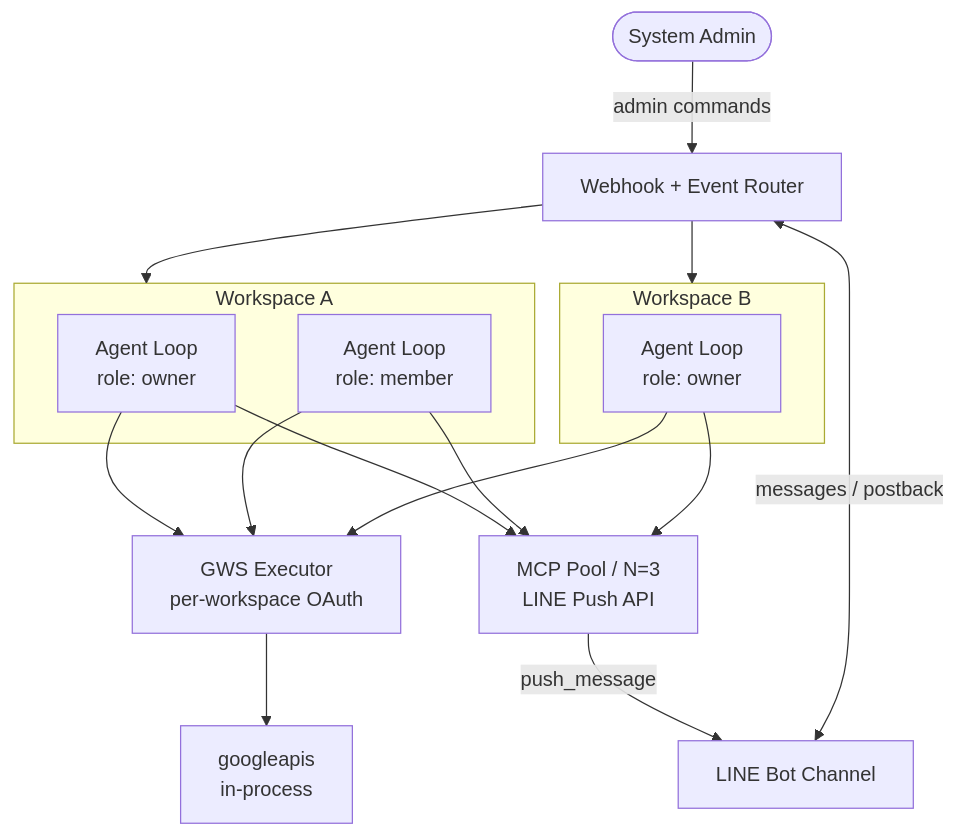
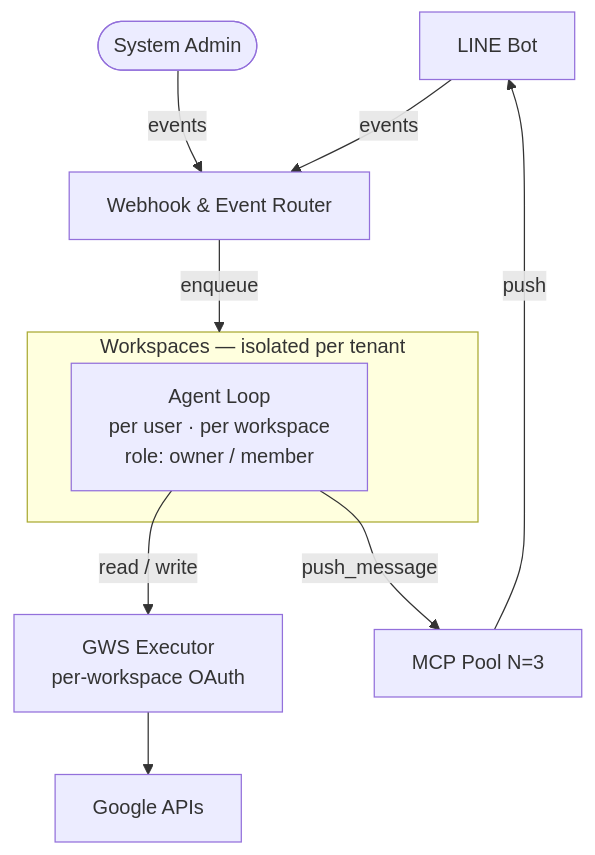
Before and after one commit to Sana-Labo/sanalabo-automation: the first of 4 diagrams in README.md, drawn with Mermaid. The commit also changed other lines of this file, not shown here.

Commit message:
docs(readme): Architecture 다이어그램 정리 + Setup Overview flowchart 제거 (#38)
- Architecture: 워크스페이스별 에이전트 노드를 단일 Workspaces subgraph로 추상화
  (multi-edge & 표기 제거, 화살표 8개 → 6개로 축소)
- Setup Overview: 순서만 전달하는 선형 flowchart를 numbered list로 교체

````diff
--- a/README.md
+++ b/README.md
@@ -10,27 +10,21 @@
 ```mermaid
 flowchart TB
-    Admin([System Admin])
-    LINE[LINE Bot Channel]
-    WH[Webhook + Event Router]
+    LINE[LINE Bot]
+    ADMIN([System Admin])
+    WH[Webhook & Event Router]
 
-    subgraph WsA [Workspace A]
-        A1[Agent Loop\nrole: owner]
-        A2[Agent Loop\nrole: member]
-    end
-
-    subgraph WsB [Workspace B]
-        B1[Agent Loop\nrole: owner]
+    subgraph Workspaces [Workspaces — isolated per tenant]
+        AGENT[Agent Loop\nper user · per workspace\nrole: owner / member]
     end
 
     GWS[GWS Executor\nper-workspace OAuth]
-    MCP[MCP Pool / N=3\nLINE Push API]
-    GAPI[googleapis\nin-process]
+    MCP[MCP Pool N=3]
+    GAPI[Google APIs]
 
-    Admin -->|admin commands| WH
-    LINE <-->|messages / postback| WH
-    WH --> WsA & WsB
-    A1 & A2 & B1 --> GWS
-    A1 & A2 & B1 --> MCP
+    ADMIN & LINE -->|events| WH
+    WH -->|enqueue| Workspaces
+    AGENT -->|read / write| GWS
+    AGENT -->|push_message| MCP
     GWS --> GAPI
-    MCP -->|push_message| LINE
+    MCP -->|push| LINE
 ```
````
